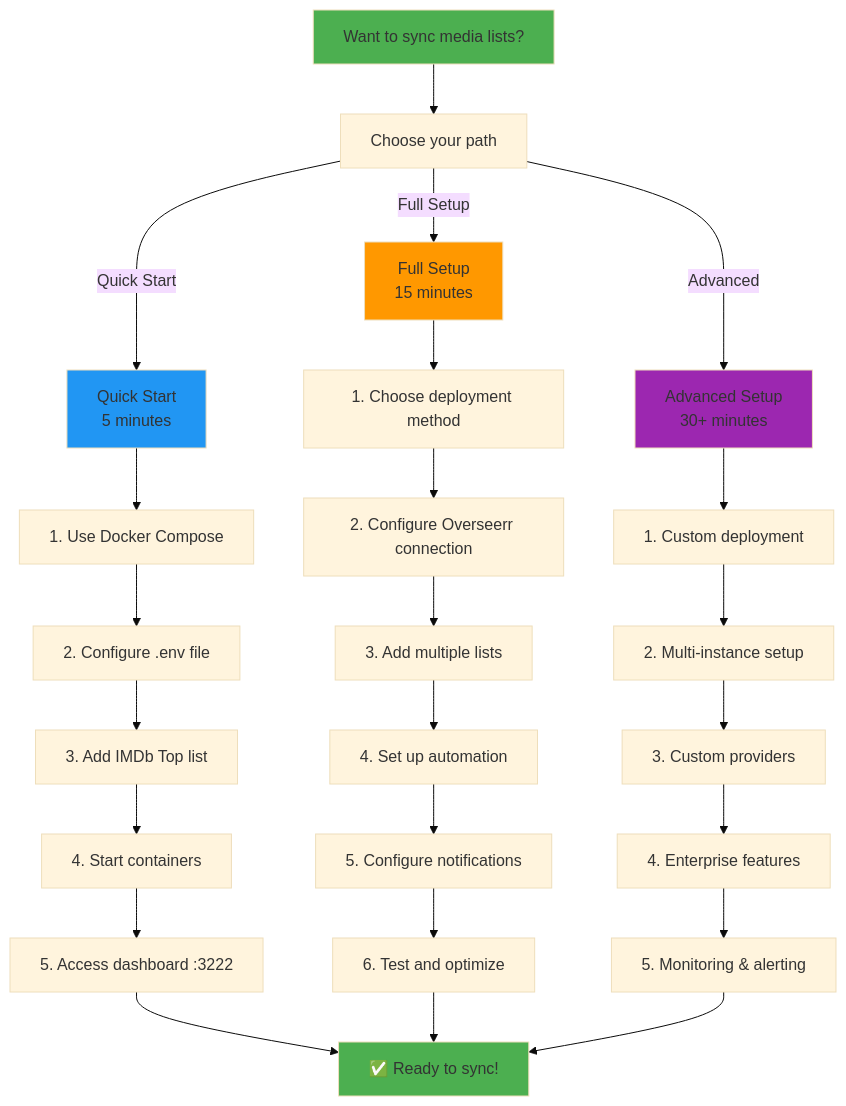
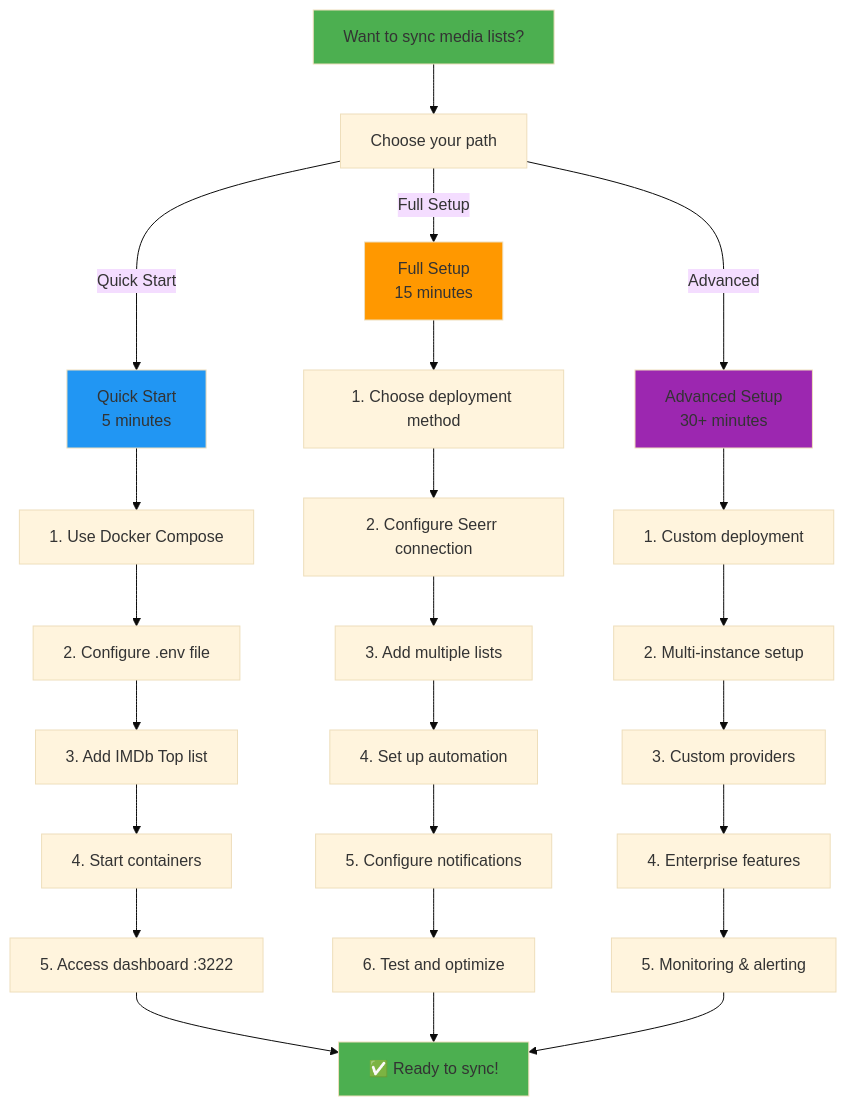
One commit to KaHooli/list-sync changed the diagram in docs/docsnew/README.md. Above: the diagram before and after it, drawn with Mermaid (base theme). The commit also changed other lines of this file and 74 other files, not shown here.

````diff
--- a/docs/docsnew/README.md
+++ b/docs/docsnew/README.md
@@ -44,36 +44,36 @@
 ```mermaid
 flowchart TD
     Start[Want to sync media lists?] --> Choose[Choose your path]
     
     Choose -->|Quick Start| Quick[Quick Start<br/>5 minutes]
     Choose -->|Full Setup| Full[Full Setup<br/>15 minutes]
     Choose -->|Advanced| Advanced[Advanced Setup<br/>30+ minutes]
     
     Quick --> Q1[1. Use Docker Compose]
     Q1 --> Q2[2. Configure .env file]
     Q2 --> Q3[3. Add IMDb Top list]
     Q3 --> Q4[4. Start containers]
     Q4 --> Q5[5. Access dashboard :3222]
     Q5 --> Success[✅ Ready to sync!]
     
     Full --> F1[1. Choose deployment method]
-    F1 --> F2[2. Configure Overseerr connection]
+    F1 --> F2[2. Configure Seerr connection]
     F2 --> F3[3. Add multiple lists]
     F3 --> F4[4. Set up automation]
     F4 --> F5[5. Configure notifications]
     F5 --> F6[6. Test and optimize]
     F6 --> Success
     
     Advanced --> A1[1. Custom deployment]
     A1 --> A2[2. Multi-instance setup]
     A2 --> A3[3. Custom providers]
     A3 --> A4[4. Enterprise features]
     A4 --> A5[5. Monitoring & alerting]
     A5 --> Success
     
     style Start fill:#4CAF50
     style Success fill:#4CAF50
     style Quick fill:#2196F3
     style Full fill:#FF9800
     style Advanced fill:#9C27B0
 ```
````
